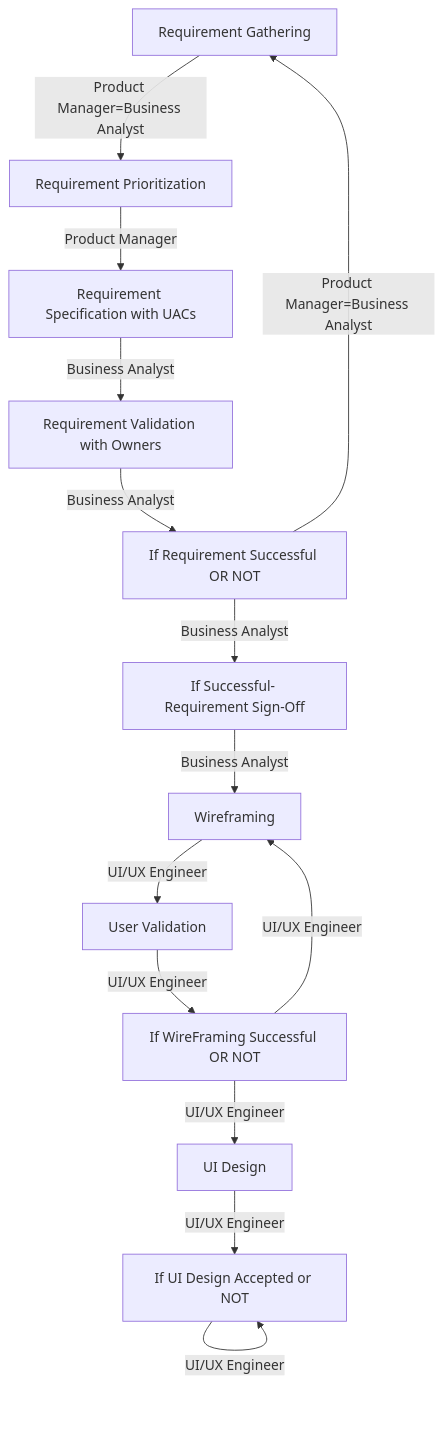
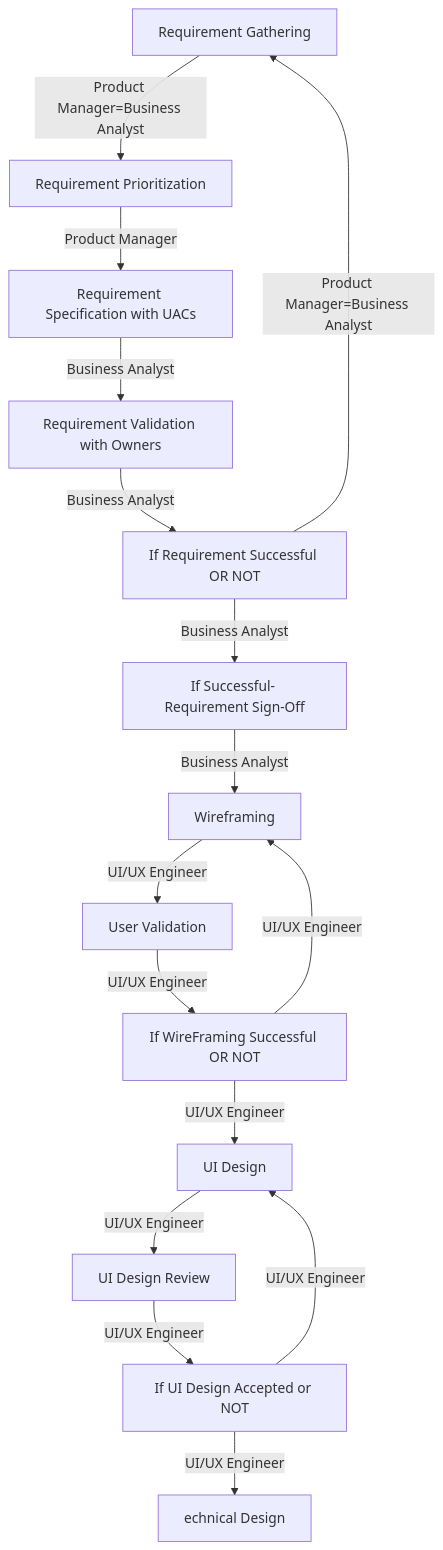
Before and after one commit to utpal-maiti/utpal-maiti: the second of 2 diagrams in InterviewQuestionsAnswers/SDLC/README.md, drawn with Mermaid.

````diff
--- a/InterviewQuestionsAnswers/SDLC/README.md
+++ b/InterviewQuestionsAnswers/SDLC/README.md
@@ -23,23 +23,24 @@
 ```mermaid
 flowchart TD
     1[Requirement Gathering] -->|   Product Manager=Business Analyst     | 2[Requirement Prioritization]
     2[Requirement Prioritization] -->|  Product Manager   | 3[Requirement Specification with UACs]
     3[Requirement Specification with UACs] -->| Business Analyst | 4[Requirement Validation with Owners]
     4[Requirement Validation with Owners] -->| Business Analyst | 5[If Requirement Successful OR NOT]
     5[If Requirement Successful OR NOT] -->|  Product Manager=Business Analyst          | 1[Requirement Gathering]
     5[If Requirement Successful OR NOT] -->|   Business Analyst          | 6[If Successful- Requirement Sign-Off]
     6[If Successful- Requirement Sign-Off] -->|   Business Analyst          | 7[Wireframing]
 
     7[Wireframing] -->|   UI/UX Engineer          | 8[User Validation]
     8[User Validation] -->|   UI/UX Engineer          | 9[If WireFraming Successful OR NOT]
     9[If WireFraming Successful OR NOT]  -->|   UI/UX Engineer          | 7[Wireframing]
     9[If WireFraming Successful OR NOT] -->|   UI/UX Engineer          | 10[UI Design]
 
     10[UI Design] -->|   UI/UX Engineer          | 11[UI Design Review]
-    11 -->|   UI/UX Engineer          | 11[If UI Design Accepted or NOT]
-
+    11 -->|   UI/UX Engineer          | 12[If UI Design Accepted or NOT]
+    12 -->|   UI/UX Engineer          | 10[UI Design]
+    12 -->|   UI/UX Engineer          | 13[echnical Design]
 
 
 
 
 ```
````
